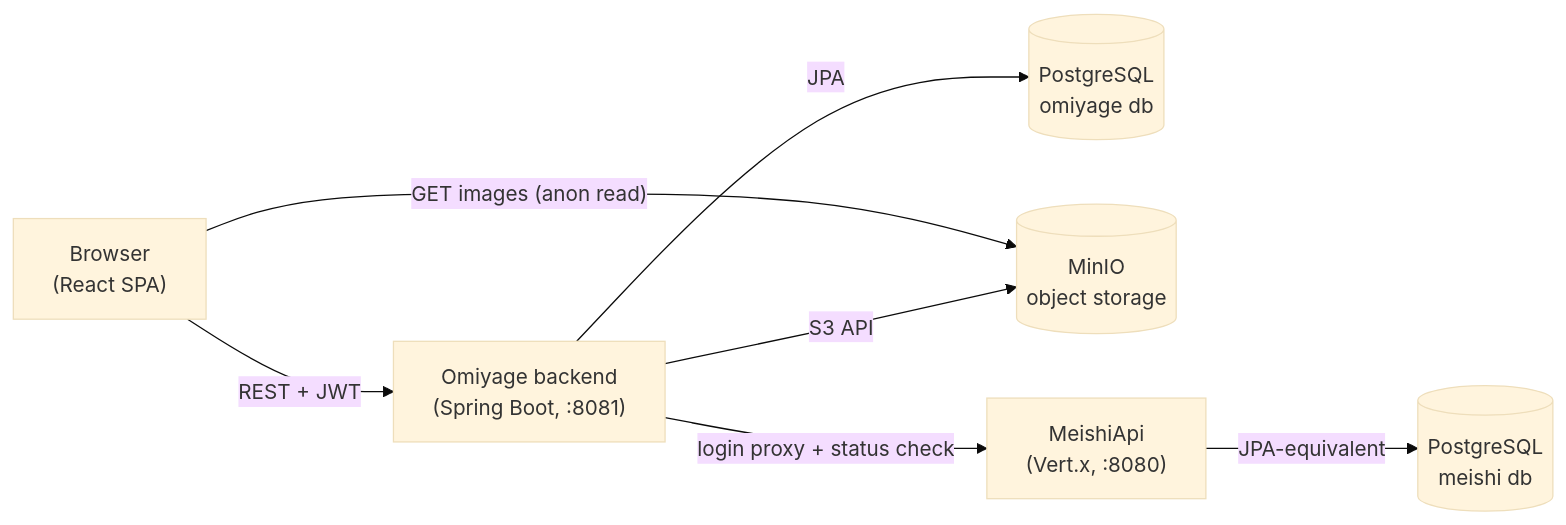
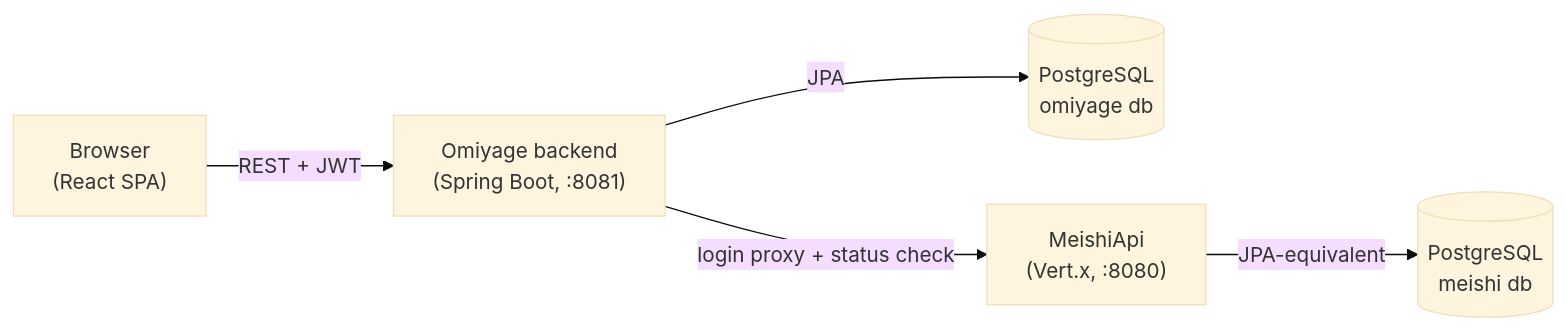
Before and after one commit to jangacnik/omiyage-api: the first of 3 diagrams in ARCHITECTURE.md, drawn with Mermaid (base theme). The commit also changed other lines of this file and 17 other files, not shown here.

First line of the commit message:
Store images in PostgreSQL instead of MinIO

````diff
--- a/ARCHITECTURE.md
+++ b/ARCHITECTURE.md
@@ -7,16 +7,13 @@
 ```mermaid
 flowchart LR
     Browser["Browser<br/>(React SPA)"]
     Backend["Omiyage backend<br/>(Spring Boot, :8081)"]
     Postgres[("PostgreSQL<br/>omiyage db")]
-    MinIO[("MinIO<br/>object storage")]
     Meishi["MeishiApi<br/>(Vert.x, :8080)"]
     MeishiDB[("PostgreSQL<br/>meishi db")]
 
     Browser -- "REST + JWT" --> Backend
-    Browser -- "GET images (anon read)" --> MinIO
     Backend -- "JPA" --> Postgres
-    Backend -- "S3 API" --> MinIO
     Backend -- "login proxy + status check" --> Meishi
     Meishi -- "JPA-equivalent" --> MeishiDB
 ```
````
